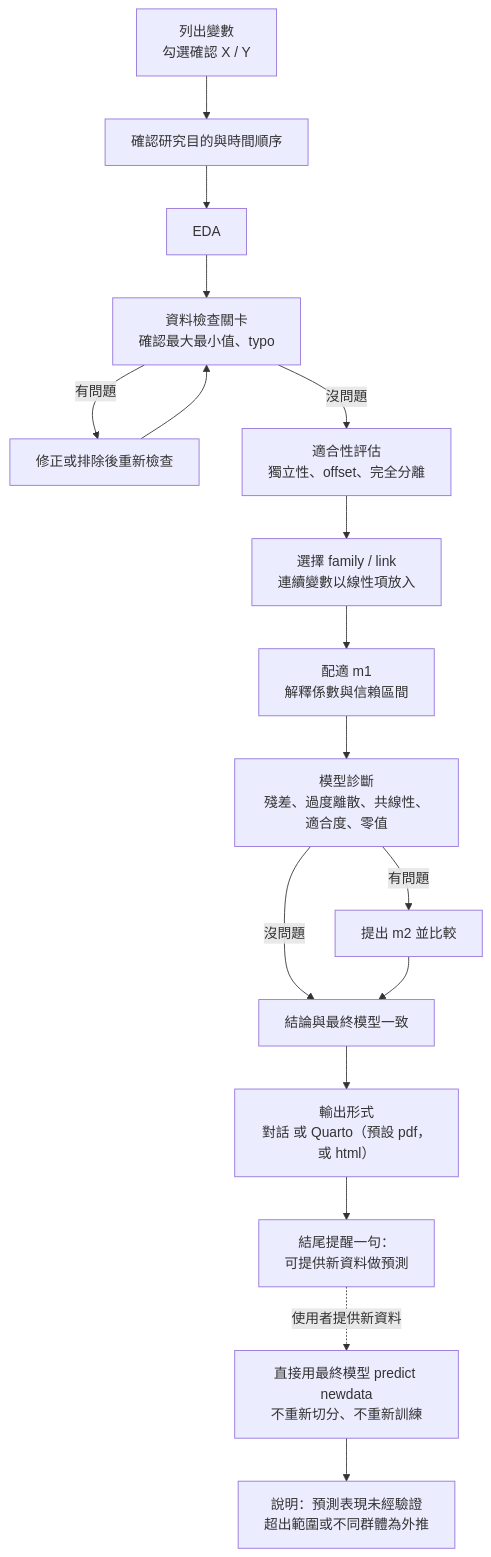
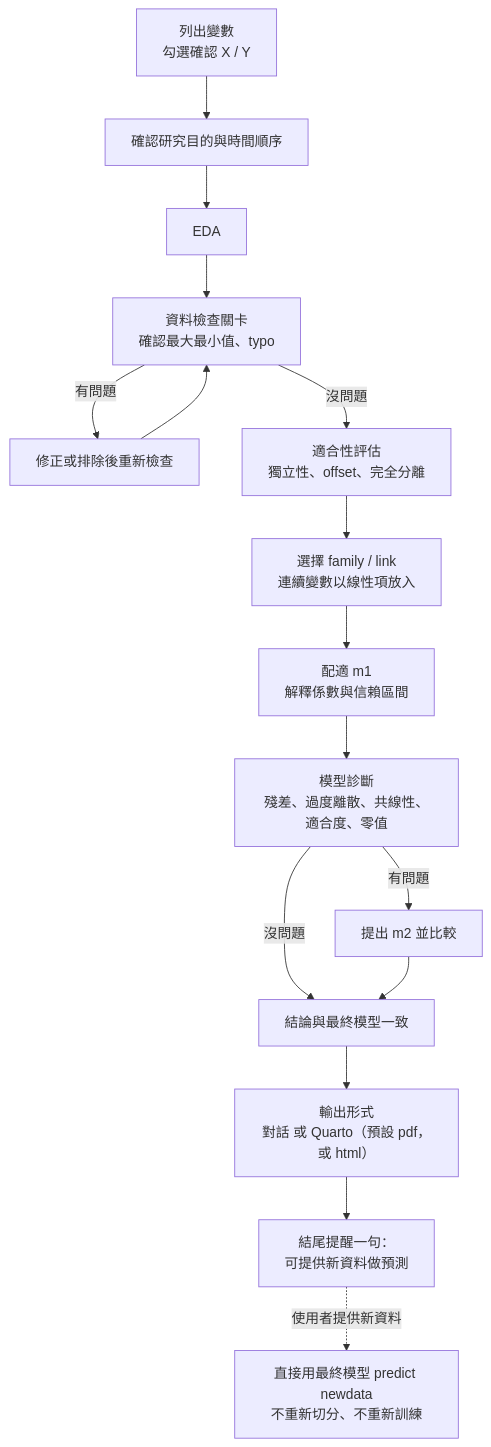
The diagram in README.md (tzuhui39/SC3-GLM_Analysis), drawn with Mermaid before and after one commit.

Commit message:
Simplify README flowchart
Claude-Session: https://claude.ai/code/session_015dt6er1r7BZPH45wKRmkvi

````diff
--- a/README.md
+++ b/README.md
@@ -22,19 +22,18 @@
 ```mermaid
 flowchart TD
     A[列出變數<br>勾選確認 X / Y] --> B[確認研究目的與時間順序]
     B --> C[EDA]
     C --> D[資料檢查關卡<br>確認最大最小值、typo]
     D -->|有問題| D1[修正或排除後重新檢查]
     D1 --> D
     D -->|沒問題| E[適合性評估<br>獨立性、offset、完全分離]
     E --> F[選擇 family / link<br>連續變數以線性項放入]
     F --> G[配適 m1<br>解釋係數與信賴區間]
     G --> H[模型診斷<br>殘差、過度離散、共線性、適合度、零值]
     H -->|有問題| I[提出 m2 並比較]
     H -->|沒問題| K
     I --> K[結論與最終模型一致]
     K --> N[輸出形式<br>對話 或 Quarto（預設 pdf，或 html）]
     N --> O[結尾提醒一句：<br>可提供新資料做預測]
     O -.->|使用者提供新資料| L[直接用最終模型 predict newdata<br>不重新切分、不重新訓練]
-    L --> M[說明：預測表現未經驗證<br>超出範圍或不同群體為外推]
 ```
````
